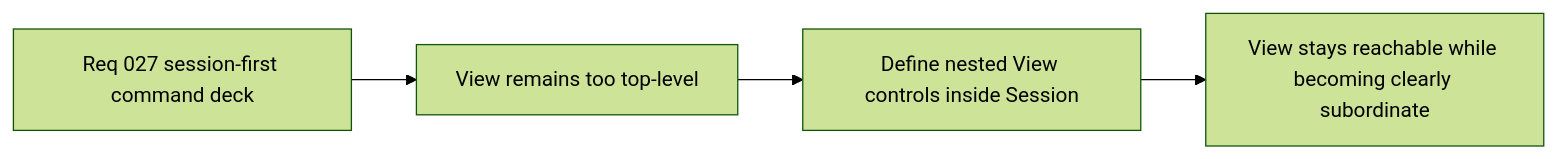
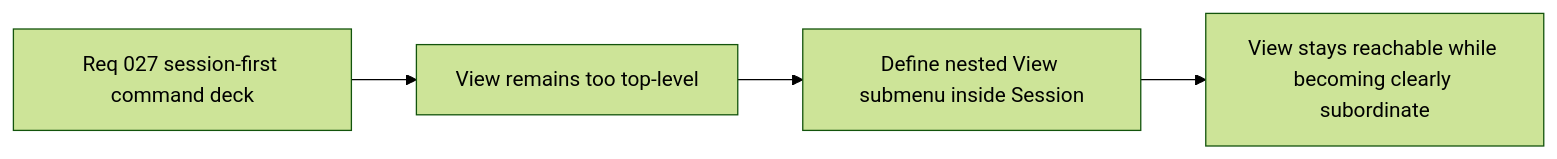
One commit to AlexAgo83/emberwake changed the diagram in logics/backlog/item_107_define_nested_view_controls_within_session_without_reopening_camera_ownership.md. Above: the diagram before and after it, drawn with Mermaid (forest theme). The commit also changed other lines of this file and 6 other files, not shown here.

````diff
--- a/logics/backlog/item_107_define_nested_view_controls_within_session_without_reopening_camera_ownership.md
+++ b/logics/backlog/item_107_define_nested_view_controls_within_session_without_reopening_camera_ownership.md
@@ -19,7 +19,7 @@
 ```mermaid
 %% logics-signature: backlog|define-nested-view-controls-within-sessi|req-027-restructure-the-shell-command-de|view-controls-such-as-reset-camera|ac1-the-slice-defines-how-view
 flowchart LR
     Req[Req 027 session-first command deck] --> Gap[View remains too top-level]
-    Gap --> Slice[Define nested View controls inside Session]
+    Gap --> Slice[Define nested View submenu inside Session]
     Slice --> Result[View stays reachable while becoming clearly subordinate]
 ```
````
